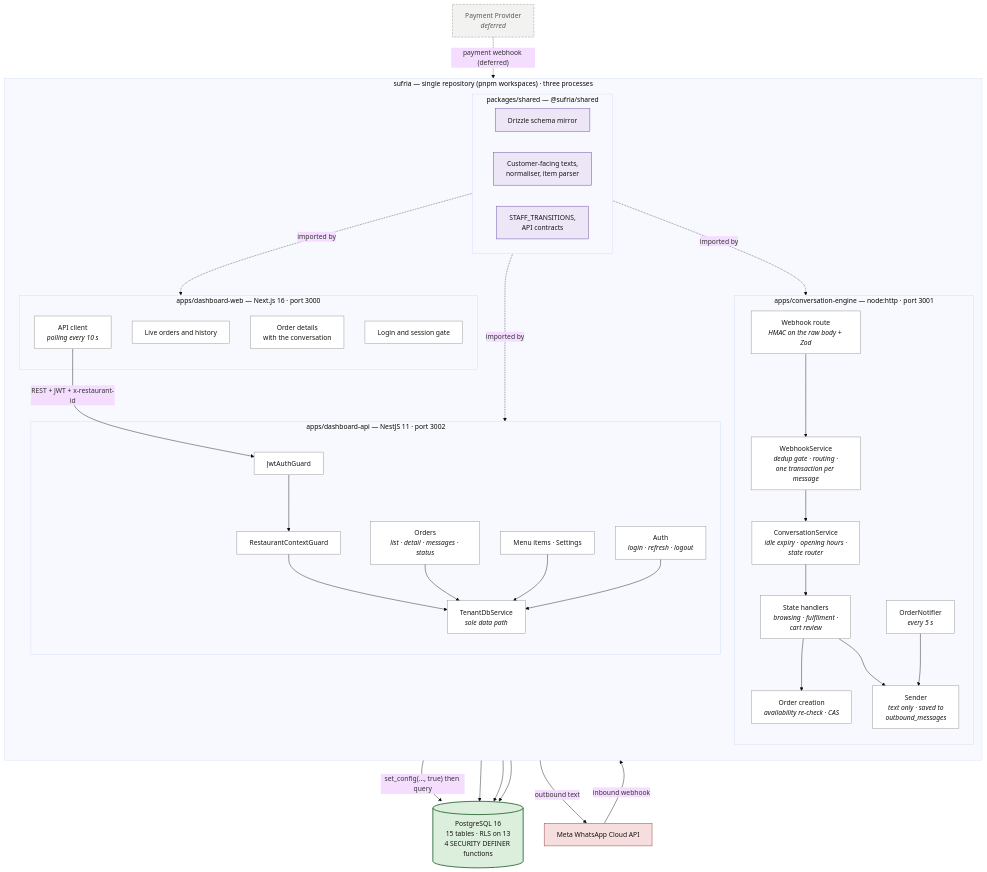
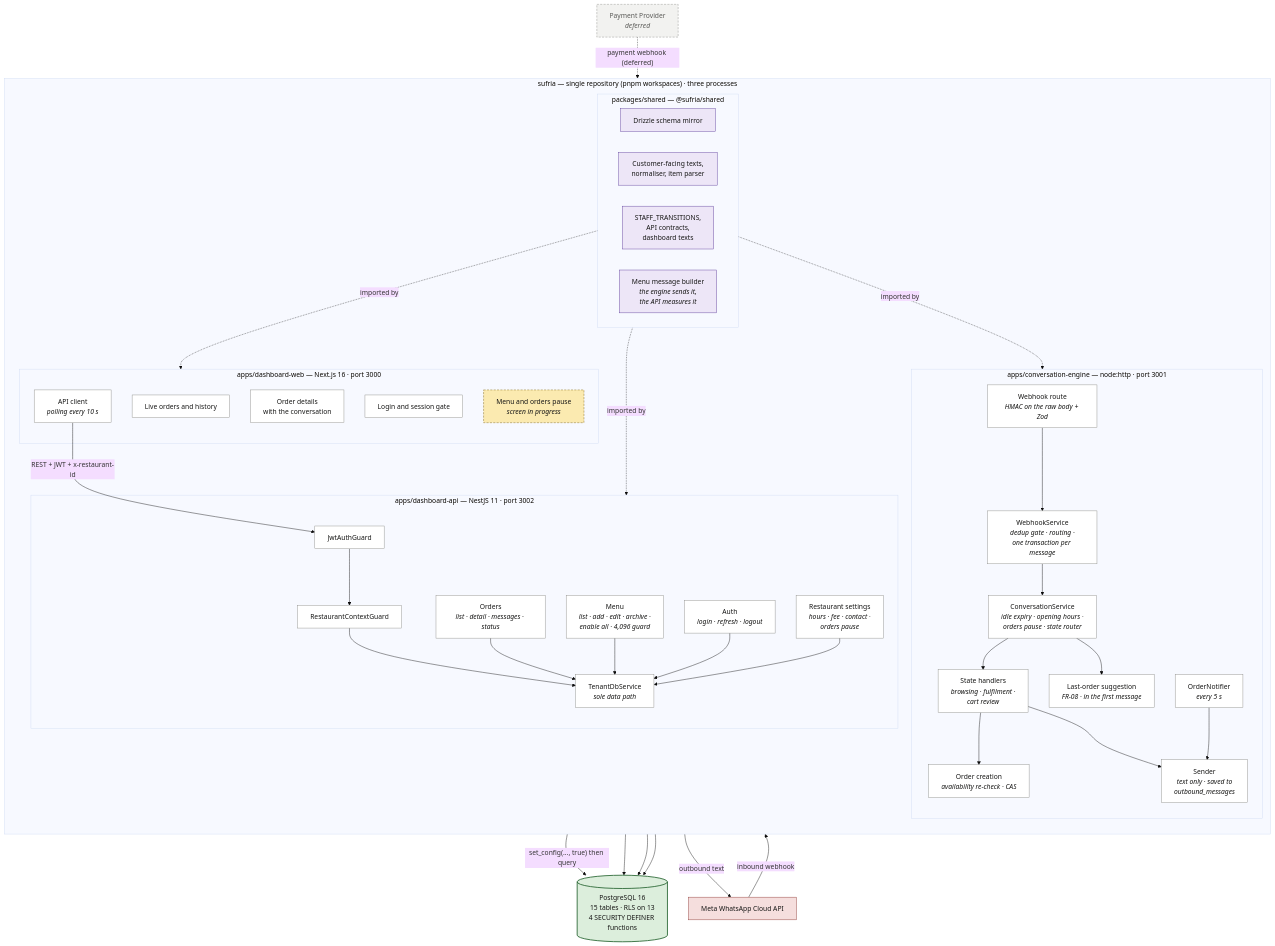
The diagram in docs/diagrams/04-component.mmd (mozz-labs/sufria), drawn with Mermaid (base theme) before and after one commit. The commit also changed 37 other files, not shown here.

First line of the commit message:
docs(wip): Chapter 3 v1.2 diagrams — all rendered, FR-08, FR-28 and menu as built

```diff
--- a/docs/diagrams/04-component.mmd
+++ b/docs/diagrams/04-component.mmd
@@ -1,66 +1,72 @@
 flowchart TB
     classDef svc fill:#E1EAEE,stroke:#35555F,stroke-width:2px,color:#161615
     classDef mod fill:#FFFFFF,stroke:#8A8A85,color:#161615
     classDef shared fill:#EDE6F7,stroke:#5B3A99,color:#161615
     classDef db fill:#DCEEDC,stroke:#24632F,stroke-width:2px,color:#161615
     classDef ext fill:#F5DEDD,stroke:#8A332F,color:#161615
+    classDef prog fill:#FBEAB0,stroke:#7A5C06,stroke-width:1px,stroke-dasharray:5 3,color:#161615
     classDef defer fill:#F2F2F0,stroke:#8A8A85,stroke-width:1px,stroke-dasharray:5 3,color:#5A5A57
 
     subgraph REPO["sufria — single repository (pnpm workspaces) · three processes"]
         direction TB
 
         subgraph WEB["apps/dashboard-web — Next.js 16 · port 3000"]
             W1["Live orders and history"]:::mod
             W2["Order details<br/>with the conversation"]:::mod
             W3["Login and session gate"]:::mod
             W4["API client<br/><i>polling every 10 s</i>"]:::mod
+            W5["Menu and orders pause<br/><i>screen in progress</i>"]:::prog
         end
 
         subgraph SHARED["packages/shared — @sufria/shared"]
             SH1["Drizzle schema mirror"]:::shared
             SH2["Customer-facing texts,<br/>normaliser, item parser"]:::shared
-            SH3["STAFF_TRANSITIONS,<br/>API contracts"]:::shared
+            SH3["STAFF_TRANSITIONS,<br/>API contracts,<br/>dashboard texts"]:::shared
+            SH4["Menu message builder<br/><i>the engine sends it,<br/>the API measures it</i>"]:::shared
         end
 
         subgraph ENGINE["apps/conversation-engine — node:http · port 3001"]
             E1["Webhook route<br/><i>HMAC on the raw body + Zod</i>"]:::mod
             E2["WebhookService<br/><i>dedup gate · routing ·<br/>one transaction per message</i>"]:::mod
-            E3["ConversationService<br/><i>idle expiry · opening hours ·<br/>state router</i>"]:::mod
+            E3["ConversationService<br/><i>idle expiry · opening hours ·<br/>orders pause · state router</i>"]:::mod
             E4["State handlers<br/><i>browsing · fulfilment ·<br/>cart review</i>"]:::mod
             E5["Order creation<br/><i>availability re-check · CAS</i>"]:::mod
             E6["Sender<br/><i>text only · saved to<br/>outbound_messages</i>"]:::mod
             E7["OrderNotifier<br/><i>every 5 s</i>"]:::mod
+            E8["Last-order suggestion<br/><i>FR-08 · in the first message</i>"]:::mod
         end
 
         subgraph API["apps/dashboard-api — NestJS 11 · port 3002"]
             A1["JwtAuthGuard"]:::mod
             A2["RestaurantContextGuard"]:::mod
             A3["TenantDbService<br/><i>sole data path</i>"]:::mod
             A4["Orders<br/><i>list · detail · messages · status</i>"]:::mod
-            A5["Menu items · Settings"]:::mod
+            A5["Menu<br/><i>list · add · edit · archive ·<br/>enable all · 4,096 guard</i>"]:::mod
+            A7["Restaurant settings<br/><i>hours · fee · contact ·<br/>orders pause</i>"]:::mod
             A6["Auth<br/><i>login · refresh · logout</i>"]:::mod
         end
     end
 
     DB[("PostgreSQL 16<br/>15 tables · RLS on 13<br/>4 SECURITY DEFINER functions")]:::db
     META["Meta WhatsApp Cloud API"]:::ext
     PAY["Payment Provider<br/><i>deferred</i>"]:::defer
 
     W4 -->|"REST + JWT + x-restaurant-id"| A1
     A1 --> A2 --> A3
-    A4 & A5 & A6 --> A3
+    A4 & A5 & A6 & A7 --> A3
     A3 -->|"set_config(..., true) then query"| DB
 
     META -->|"inbound webhook"| E1
     E1 --> E2 --> E3 --> E4 --> E5
+    E3 --> E8
     E4 --> E6
     E7 --> E6
     E6 -->|"outbound text"| META
     E2 --> DB
     E5 --> DB
     E7 --> DB
     PAY -.->|"payment webhook (deferred)"| E1
 
     SHARED -.->|"imported by"| ENGINE
     SHARED -.->|"imported by"| API
     SHARED -.->|"imported by"| WEB
```
